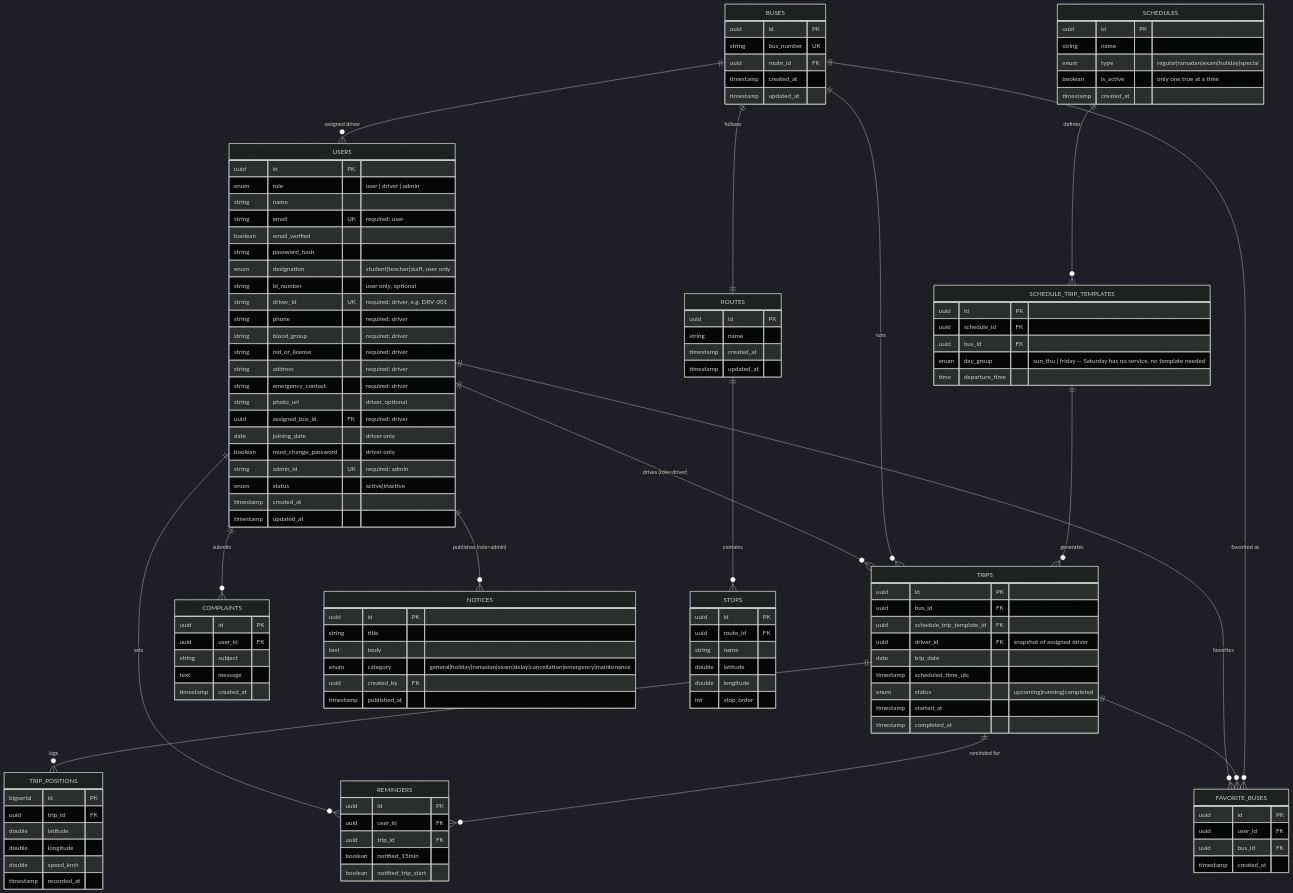
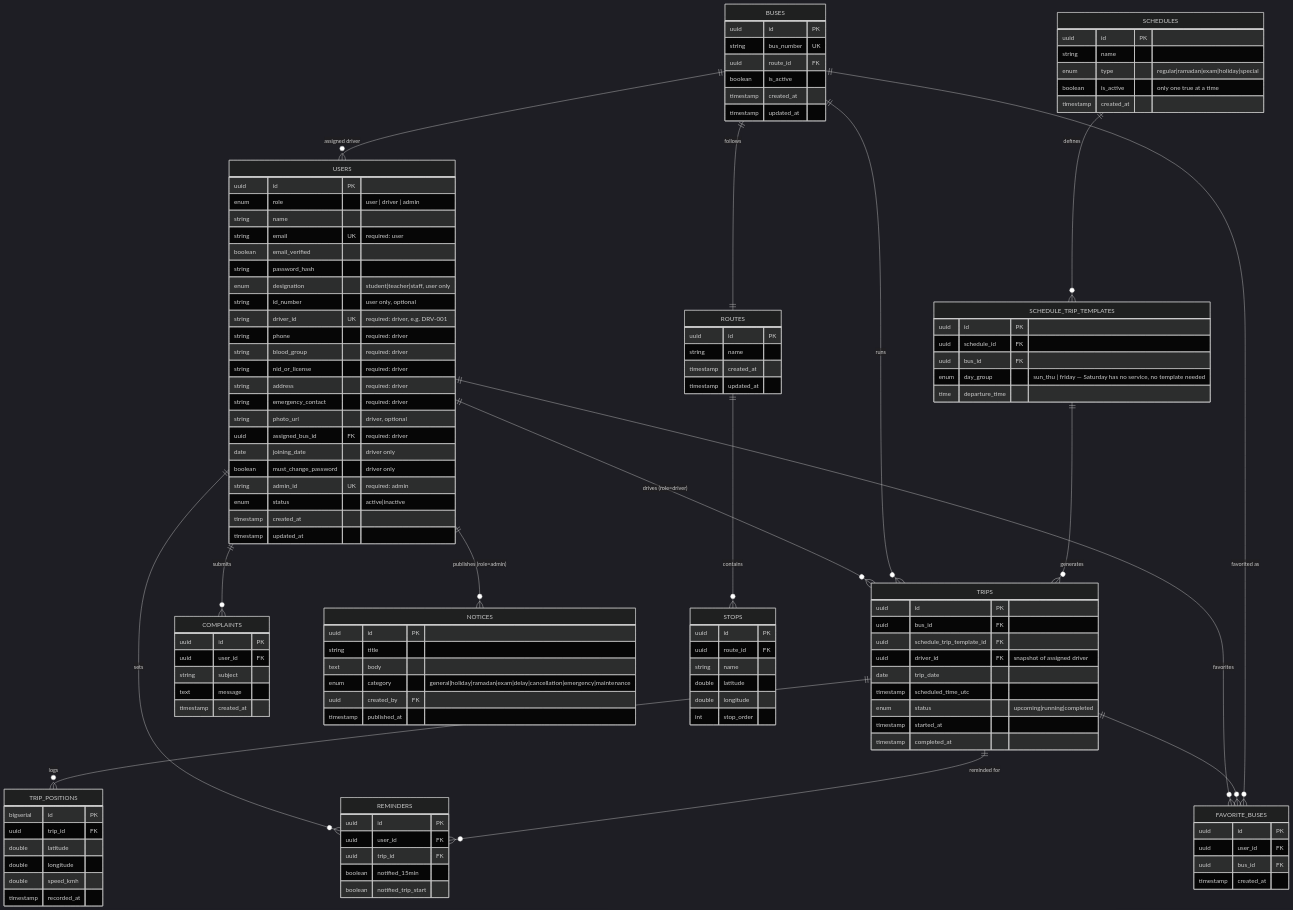
The diagram in docs/DATABASE_DESIGN.md (samiularaf/bubt-bus-tracking), drawn with Mermaid (dark theme) before and after one commit. The commit also changed other lines of this file and 40 other files, not shown here.

```diff
--- a/docs/DATABASE_DESIGN.md
+++ b/docs/DATABASE_DESIGN.md
@@ -52,6 +52,7 @@
         uuid id PK
         string bus_number UK
         uuid route_id FK
+        boolean is_active
         timestamp created_at
         timestamp updated_at
     }
```
